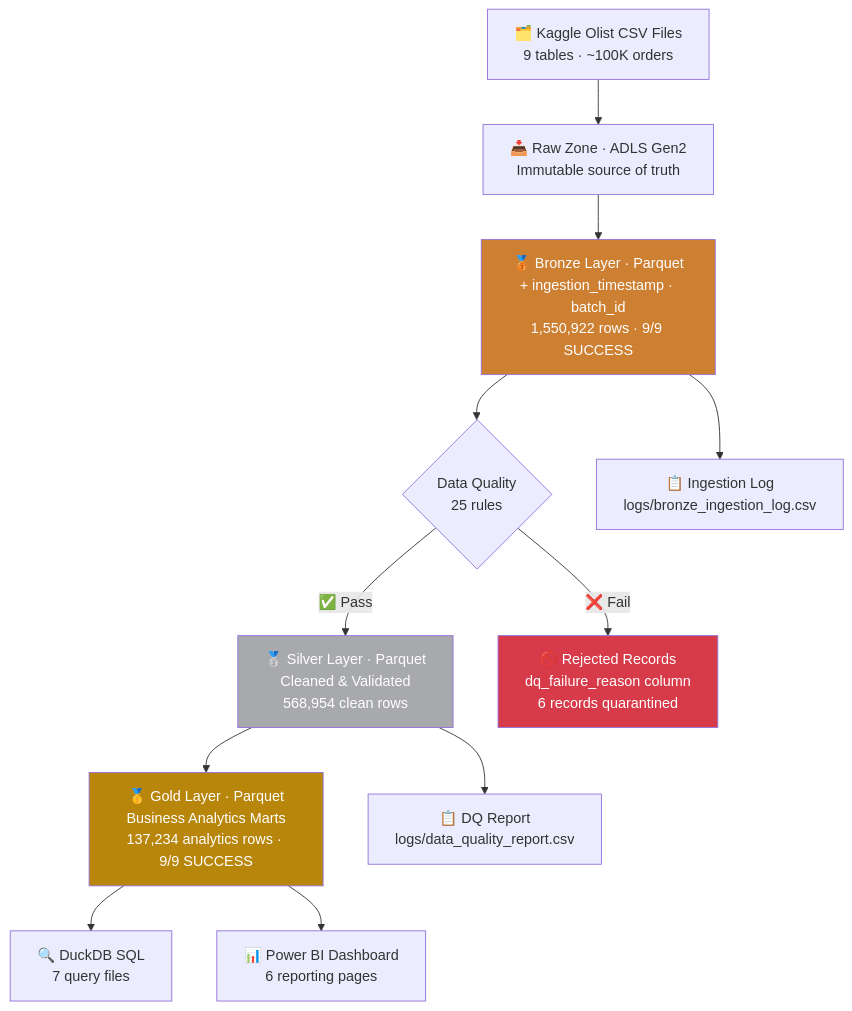
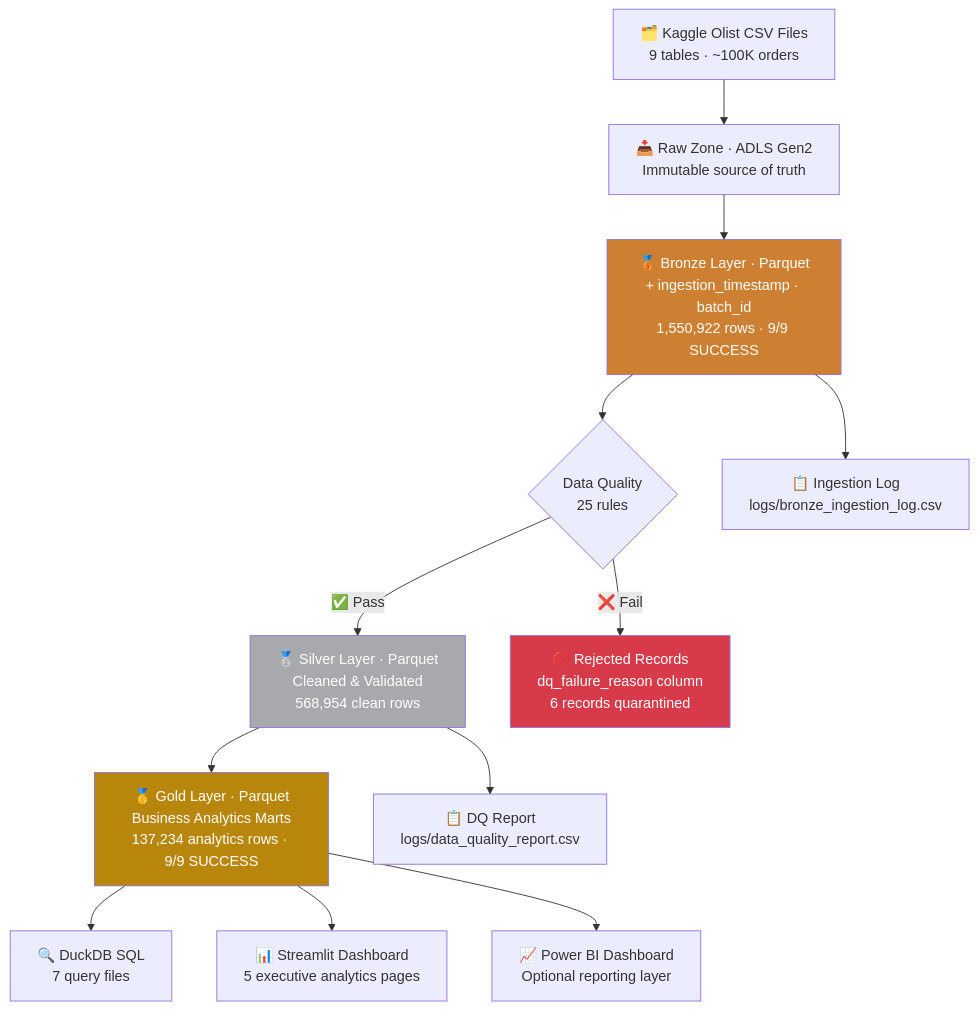
One commit to harish885/ecommerce-lakehouse changed the diagram in README.md. Above: the diagram before and after it, drawn with Mermaid. The commit also changed other lines of this file and 2 other files, not shown here.

Commit message:
feat: add executive analytics dashboard

````diff
--- a/README.md
+++ b/README.md
@@ -19,18 +20,19 @@
 ```mermaid
 flowchart TD
     A["🗂️ Kaggle Olist CSV Files<br/>9 tables · ~100K orders"] --> B["📥 Raw Zone · ADLS Gen2<br/>Immutable source of truth"]
     B --> C["🥉 Bronze Layer · Parquet<br/>+ ingestion_timestamp · batch_id<br/>1,550,922 rows · 9/9 SUCCESS"]
     C --> D{"Data Quality<br/>25 rules"}
     D -->|"✅ Pass"| E["🥈 Silver Layer · Parquet<br/>Cleaned & Validated<br/>568,954 clean rows"]
     D -->|"❌ Fail"| F["🚫 Rejected Records<br/>dq_failure_reason column<br/>6 records quarantined"]
     E --> G["🥇 Gold Layer · Parquet<br/>Business Analytics Marts<br/>137,234 analytics rows · 9/9 SUCCESS"]
     G --> H["🔍 DuckDB SQL<br/>7 query files"]
-    G --> I["📊 Power BI Dashboard<br/>6 reporting pages"]
+    G --> I["📊 Streamlit Dashboard<br/>5 executive analytics pages"]
+    G --> L["📈 Power BI Dashboard<br/>Optional reporting layer"]
     C --> J["📋 Ingestion Log<br/>logs/bronze_ingestion_log.csv"]
     E --> K["📋 DQ Report<br/>logs/data_quality_report.csv"]
 
     style C fill:#CD7F32,color:#fff
     style E fill:#A8A9AD,color:#fff
     style G fill:#B8860B,color:#fff
     style F fill:#d73a49,color:#fff
 ```
````
